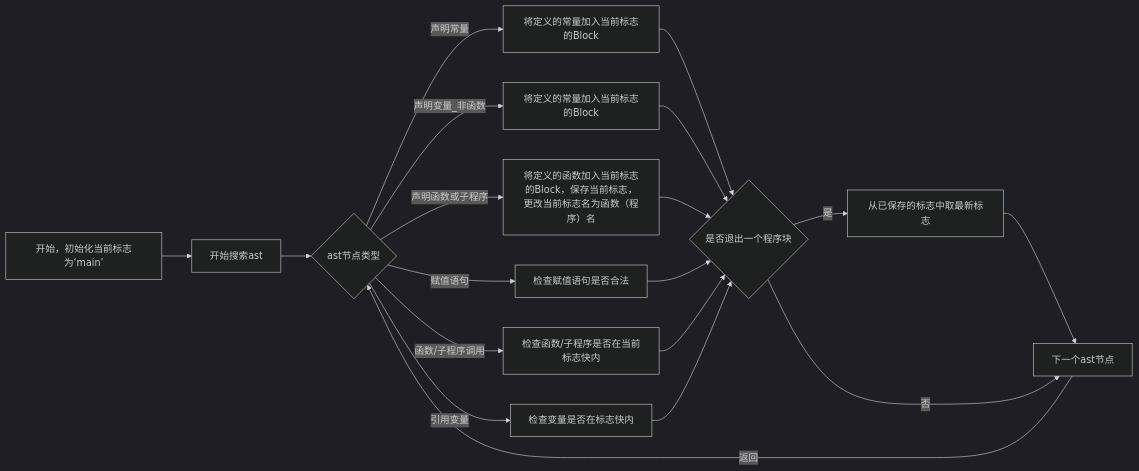
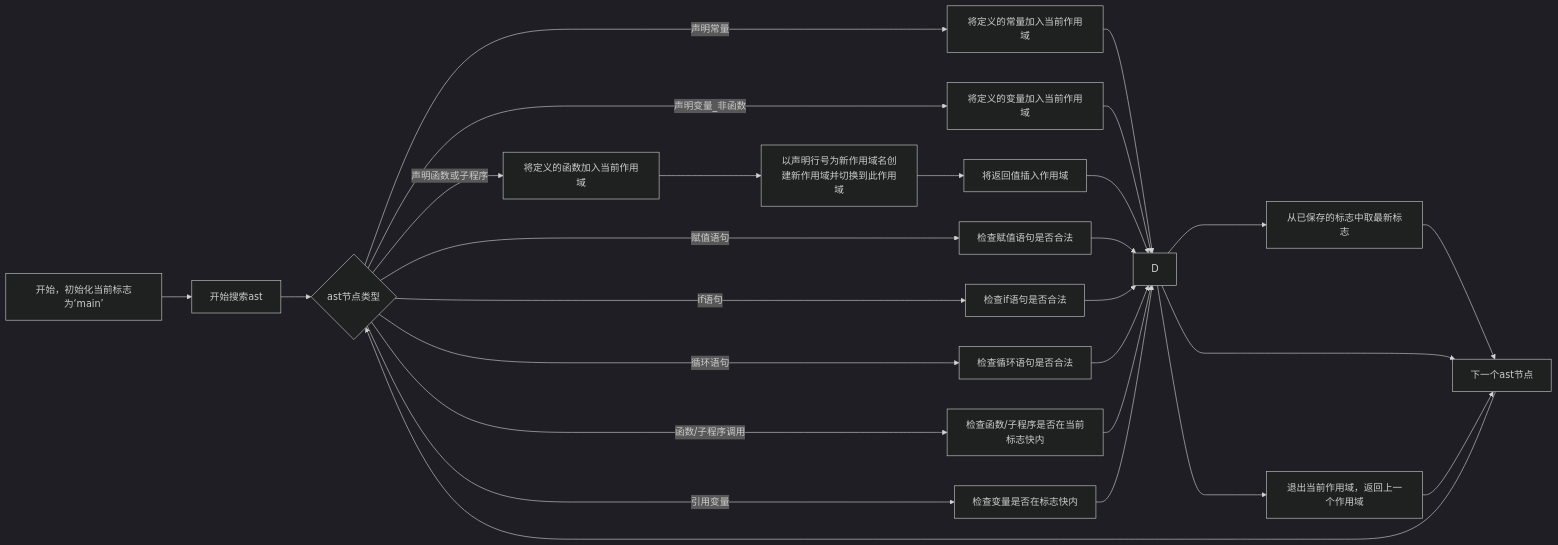
The first of 2 diagrams in doc/design.md (XieWeikai/Pascal2C), drawn with Mermaid (dark theme) before and after one commit. The commit also changed other lines of this file, not shown here.

````diff
--- a/doc/design.md
+++ b/doc/design.md
@@ -2129,12 +2133,15 @@
 ```mermaid
 graph LR;
 	A["开始，初始化当前标志为‘main’"] -->A'["开始搜索ast"]--> B{"ast节点类型"};
-	D{"是否退出一个程序块"}--是--> I["从已保存的标志中取最新标志"] -->F;
-	D --否--> F["下一个ast节点"]--返回-->B;
-	B --声明常量--> C["将定义的常量加入当前标志的Block"] --> D;
-	B --声明变量_非函数--> E["将定义的常量加入当前标志的Block"] --> D;
-	B --声明函数或子程序--> L["将定义的函数加入当前标志的Block，保存当前标志，更改当前标志名为函数（程序）名"] --> D;
+	D ----> I["从已保存的标志中取最新标志"] -->F;
+	D ----> F["下一个ast节点"]---->B;
+	D ----> N["退出当前作用域，返回上一个作用域"] -->F;
+	B --声明常量--> C["将定义的常量加入当前作用域"] --> D;
+	B --声明变量_非函数--> E["将定义的变量加入当前作用域"] --> D;
+	B --声明函数或子程序--> L1["将定义的函数加入当前作用域"] --> L2["以声明行号为新作用域名创建新作用域并切换到此作用域"]-->L3["将返回值插入作用域"] --> D;
 	B --赋值语句--> J["检查赋值语句是否合法"] --> D;
+	B --if语句--> M["检查if语句是否合法"] --> D;
+	B --循环语句--> K["检查循环语句是否合法"] --> D;
 	B --函数/子程序调用--> G["检查函数/子程序是否在当前标志快内"] -->D;
 	B --引用变量--> H["检查变量是否在标志快内"] --> D;
 ```
````
